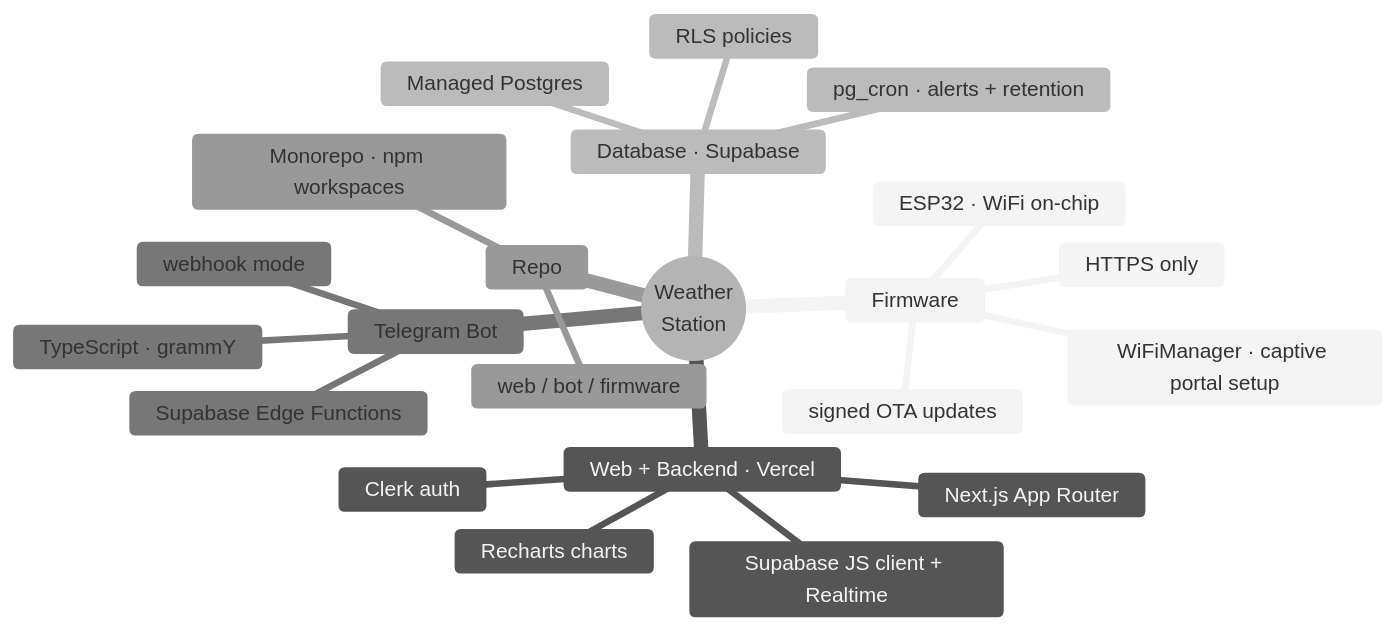
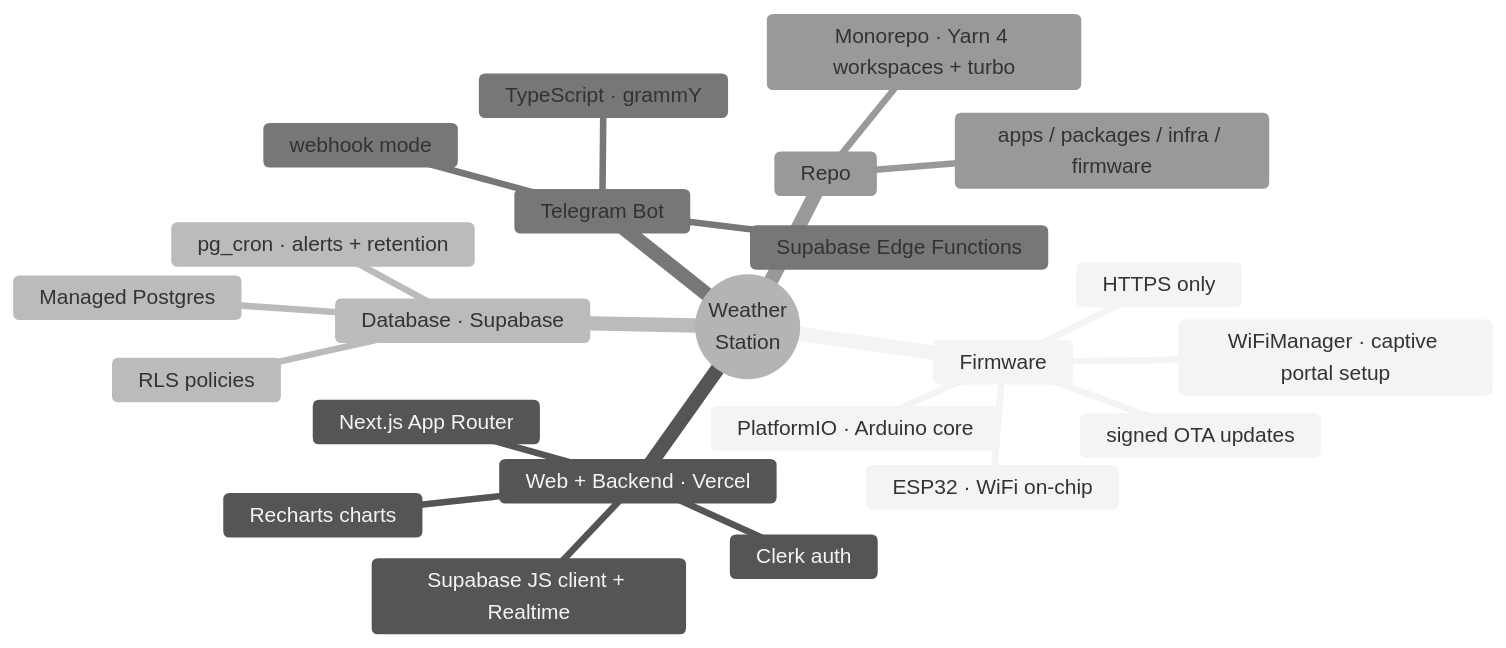
Before and after one commit to ByteMe6/weather-station: the fifth of 5 diagrams in docs/05-architecture-and-tech-stack.md, drawn with Mermaid (neutral theme). The commit also changed 56 other files, not shown here.

First line of the commit message:
MRP-5: restructure monorepo per review — Yarn 4 + turbo, packages/infra layers, Deno bot, CI hardening

````diff
--- a/docs/05-architecture-and-tech-stack.md
+++ b/docs/05-architecture-and-tech-stack.md
@@ -161,25 +161,26 @@
 ```mermaid
 mindmap
   root((Weather<br/>Station))
     Firmware
       ESP32 · WiFi on-chip
+      PlatformIO · Arduino core
       HTTPS only
       WiFiManager · captive portal setup
       signed OTA updates
     Web + Backend · Vercel
       Next.js App Router
       Clerk auth
       Recharts charts
       Supabase JS client + Realtime
     Database · Supabase
       Managed Postgres
       RLS policies
       pg_cron · alerts + retention
     Telegram Bot
       TypeScript · grammY
       Supabase Edge Functions
       webhook mode
     Repo
-      Monorepo · npm workspaces
-      web / bot / firmware
+      Monorepo · Yarn 4 workspaces + turbo
+      apps / packages / infra / firmware
 ```
````
